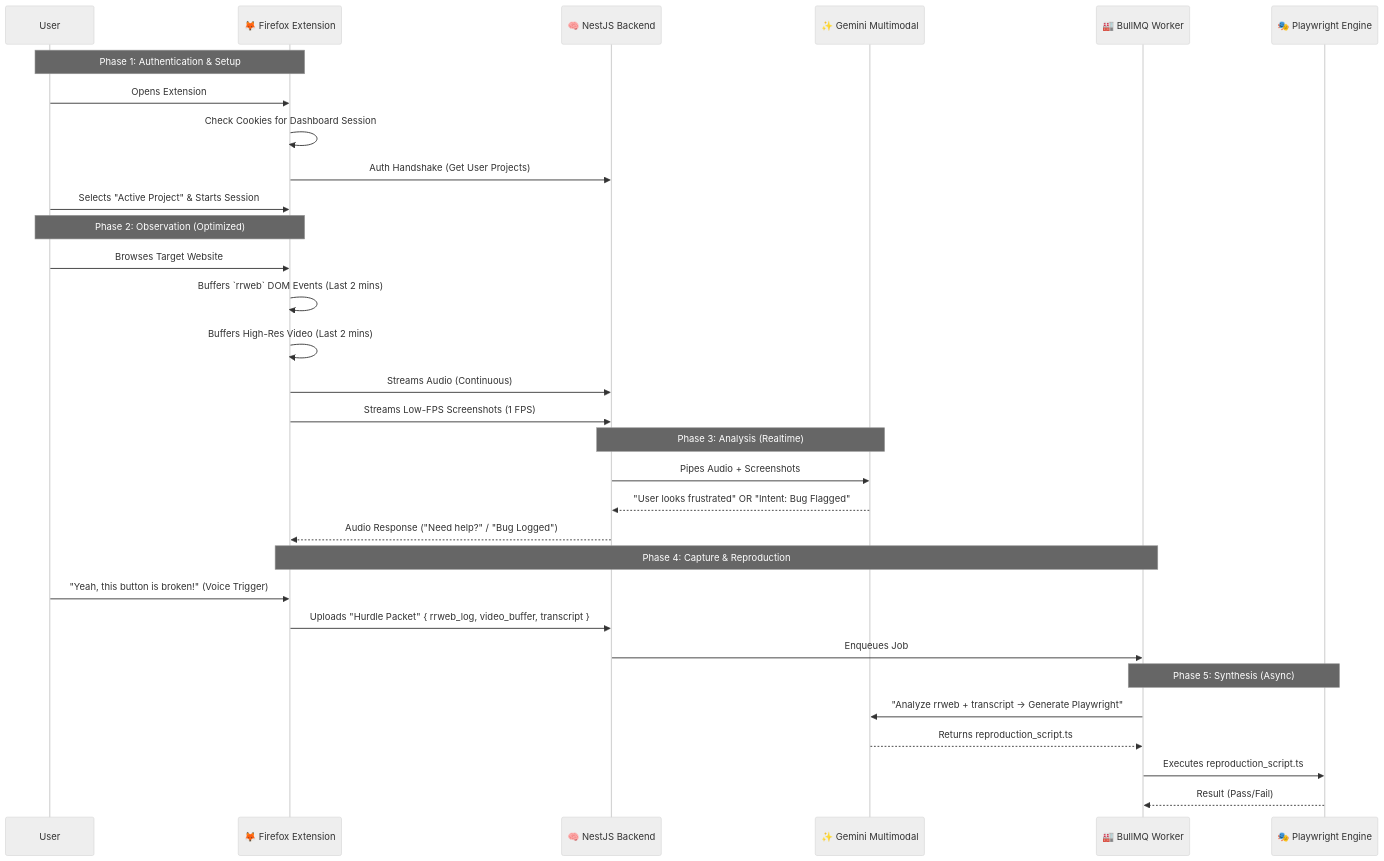
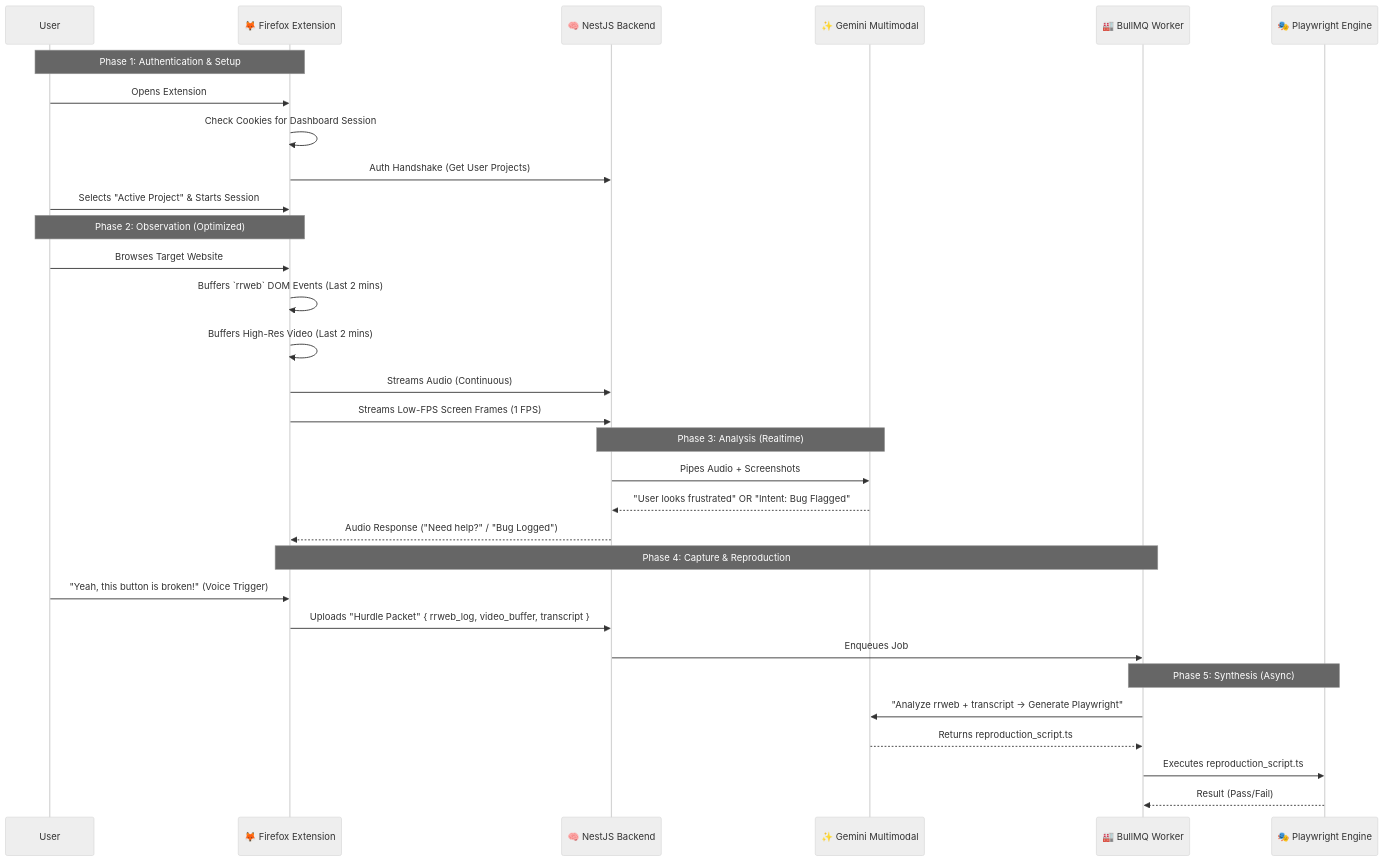
Before and after one commit to MohamedAyman04/gemini-3-hackathon: the diagram in docs/orchestration.md, drawn with Mermaid (neutral theme). The commit also changed other lines of this file and 10 other files, not shown here.

````diff
--- a/docs/orchestration.md
+++ b/docs/orchestration.md
@@ -8,38 +8,38 @@
 ```mermaid
 sequenceDiagram
     participant User
     participant Ext as 🦊 Firefox Extension
     participant BE as 🧠 NestJS Backend
     participant Gem as ✨ Gemini Multimodal
     participant Worker as 🏭 BullMQ Worker
     participant PW as 🎭 Playwright Engine
 
     Note over User, Ext: Phase 1: Authentication & Setup
     User->>Ext: Opens Extension
     Ext->>Ext: Check Cookies for Dashboard Session
     Ext->>BE: Auth Handshake (Get User Projects)
     User->>Ext: Selects "Active Project" & Starts Session
 
     Note over User, Ext: Phase 2: Observation (Optimized)
     User->>Ext: Browses Target Website
     Ext->>Ext: Buffers `rrweb` DOM Events (Last 2 mins)
     Ext->>Ext: Buffers High-Res Video (Last 2 mins)
     Ext->>BE: Streams Audio (Continuous)
-    Ext->>BE: Streams Low-FPS Screenshots (1 FPS)
+    Ext->>BE: Streams Low-FPS Screen Frames (1 FPS)
     
     Note over BE, Gem: Phase 3: Analysis (Realtime)
     BE->>Gem: Pipes Audio + Screenshots
     Gem-->>BE: "User looks frustrated" OR "Intent: Bug Flagged"
     BE-->>Ext: Audio Response ("Need help?" / "Bug Logged")
     
     Note over Ext, Worker: Phase 4: Capture & Reproduction
     User->>Ext: "Yeah, this button is broken!" (Voice Trigger)
     Ext->>BE: Uploads "Hurdle Packet" { rrweb_log, video_buffer, transcript }
     BE->>Worker: Enqueues Job
     
     Note over Worker, PW: Phase 5: Synthesis (Async)
     Worker->>Gem: "Analyze rrweb + transcript -> Generate Playwright"
     Gem-->>Worker: Returns reproduction_script.ts
     Worker->>PW: Executes reproduction_script.ts
     PW-->>Worker: Result (Pass/Fail)
 ```
````
